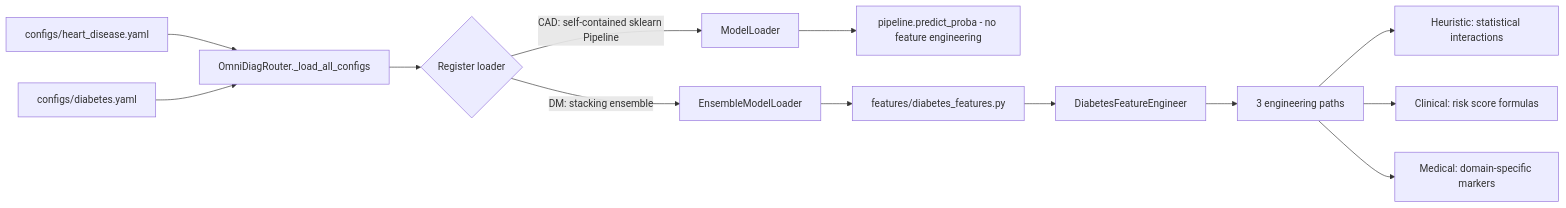
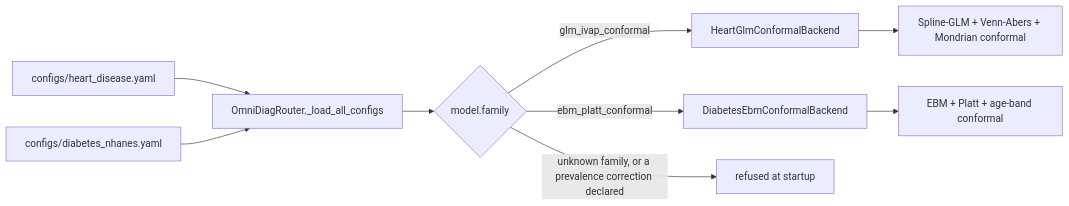
Before and after one commit to yahyalababenah/omnidiag: the second of 4 diagrams in README.md, drawn with Mermaid. The commit also changed other lines of this file and 17 other files, not shown here.

````diff
--- a/README.md
+++ b/README.md
@@ -319,15 +318,11 @@
 ```mermaid
 flowchart LR
     A[configs/heart_disease.yaml] --> B[OmniDiagRouter._load_all_configs]
-    C[configs/diabetes.yaml] --> B
-    B --> D{Register loader}
-    D -->|CAD: self-contained sklearn Pipeline| E[ModelLoader]
-    D -->|DM: stacking ensemble| F[EnsembleModelLoader]
-    E --> G[pipeline.predict_proba - no feature engineering]
-    F --> H[features/diabetes_features.py]
-    H --> J[DiabetesFeatureEngineer]
-    J --> K[3 engineering paths]
-    K --> L[Heuristic: statistical interactions]
-    K --> M[Clinical: risk score formulas]
-    K --> N[Medical: domain-specific markers]
+    C[configs/diabetes_nhanes.yaml] --> B
+    B --> D{model.family}
+    D -->|glm_ivap_conformal| E[HeartGlmConformalBackend]
+    D -->|ebm_platt_conformal| F[DiabetesEbmConformalBackend]
+    D -->|unknown family, or a prevalence correction declared| X[refused at startup]
+    E --> G[Spline-GLM + Venn-Abers + Mondrian conformal]
+    F --> H[EBM + Platt + age-band conformal]
 ```
````
